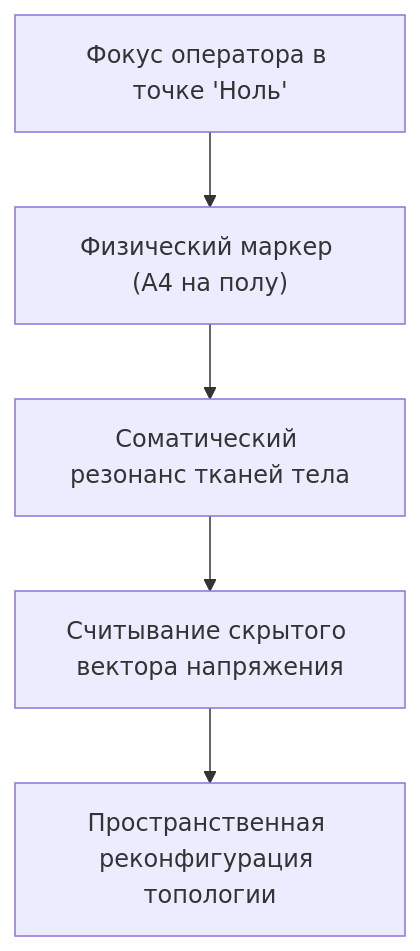
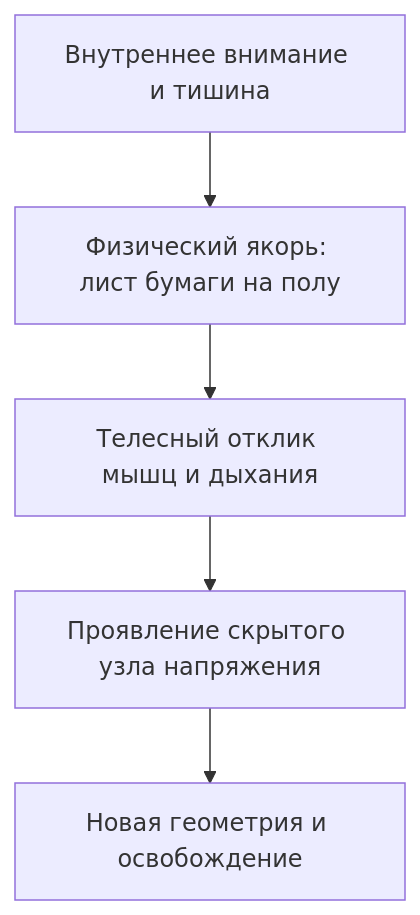
One commit to GTFB/threebooks changed the diagram in root/33-operator-toolkit-markers/ru.mdx. Above: the diagram before and after it, drawn with Mermaid. The commit also changed other lines of this file and 40 other files, not shown here.

````diff
--- a/root/33-operator-toolkit-markers/ru.mdx
+++ b/root/33-operator-toolkit-markers/ru.mdx
@@ -25,7 +25,7 @@
 ```mermaid
 flowchart TB
-  A["Фокус оператора в точке 'Ноль'"] --> B["Физический маркер (А4 на полу)"]
-  B --> C["Соматический резонанс тканей тела"]
-  C --> D["Считывание скрытого вектора напряжения"]
-  D --> E["Пространственная реконфигурация топологии"]
+  A["Внутреннее внимание и тишина"] --> B["Физический якорь: лист бумаги на полу"]
+  B --> C["Телесный отклик мышц и дыхания"]
+  C --> D["Проявление скрытого узла напряжения"]
+  D --> E["Новая геометрия и освобождение"]
 ```
````
